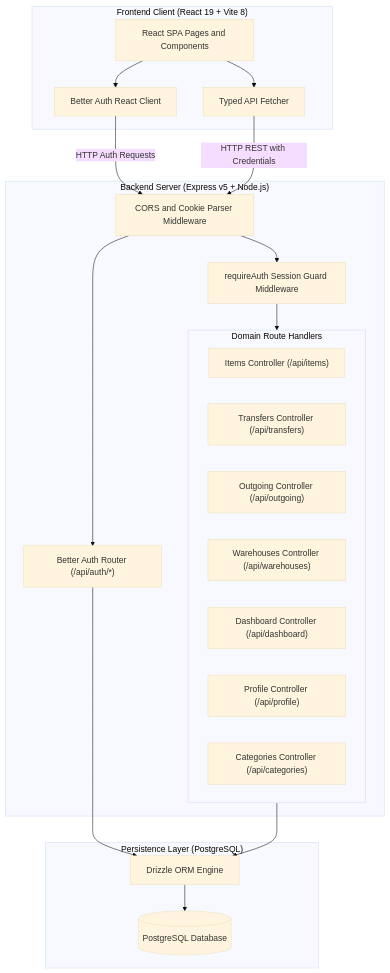
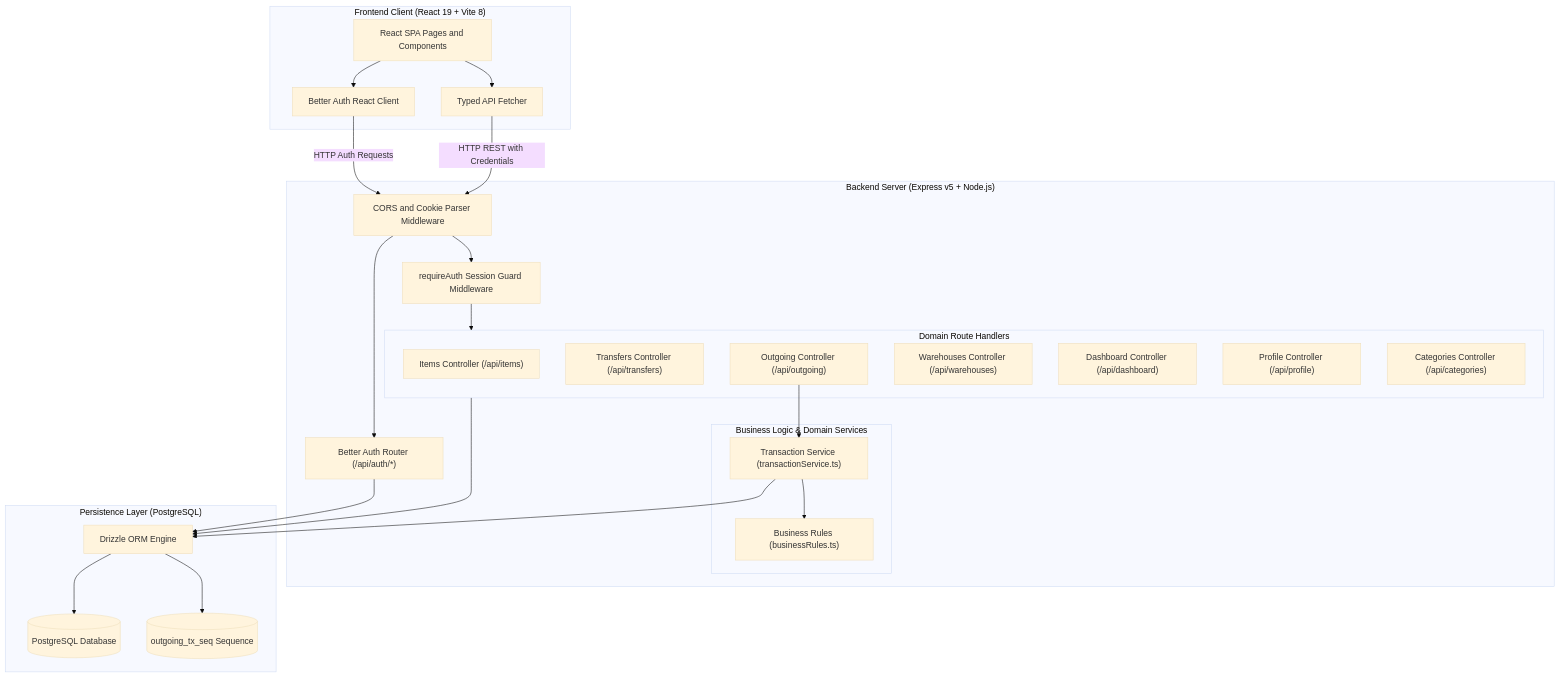
The first of 4 diagrams in docs/ARCHITECTURE.md (Taufiq-1705/Inventaris-Pakaian-Web), drawn with Mermaid (base theme) before and after one commit. The commit also changed other lines of this file and 1 other file, not shown here.

First line of the commit message:
docs: update README and ARCHITECTURE with testing infrastructure and query optimizations

````diff
--- a/docs/ARCHITECTURE.md
+++ b/docs/ARCHITECTURE.md
@@ -12,40 +12,50 @@
 ```mermaid
 graph TD
     subgraph ClientLayer["Frontend Client (React 19 + Vite 8)"]
         UI["React SPA Pages and Components"]
         AuthClient["Better Auth React Client"]
         APIClient["Typed API Fetcher"]
     end
 
     subgraph ServerLayer["Backend Server (Express v5 + Node.js)"]
         CorsMW["CORS and Cookie Parser Middleware"]
         AuthRouter["Better Auth Router (/api/auth/*)"]
         RequireAuth["requireAuth Session Guard Middleware"]
         
         subgraph BusinessControllers["Domain Route Handlers"]
             ItemsController["Items Controller (/api/items)"]
             TransfersController["Transfers Controller (/api/transfers)"]
             OutgoingController["Outgoing Controller (/api/outgoing)"]
             WarehousesController["Warehouses Controller (/api/warehouses)"]
             DashboardController["Dashboard Controller (/api/dashboard)"]
             ProfileController["Profile Controller (/api/profile)"]
             CategoriesController["Categories Controller (/api/categories)"]
         end
+
+        subgraph ServiceLayer["Business Logic & Domain Services"]
+            TransactionService["Transaction Service (transactionService.ts)"]
+            BusinessRules["Business Rules (businessRules.ts)"]
+        end
     end
 
     subgraph DataLayer["Persistence Layer (PostgreSQL)"]
         Drizzle["Drizzle ORM Engine"]
         PG[("PostgreSQL Database")]
+        Sequence[("outgoing_tx_seq Sequence")]
     end
 
     UI --> AuthClient
     UI --> APIClient
     AuthClient -->|HTTP Auth Requests| CorsMW
     APIClient -->|HTTP REST with Credentials| CorsMW
     CorsMW --> AuthRouter
     CorsMW --> RequireAuth
     RequireAuth --> BusinessControllers
+    OutgoingController --> TransactionService
+    TransactionService --> BusinessRules
+    TransactionService --> Drizzle
     AuthRouter --> Drizzle
     BusinessControllers --> Drizzle
     Drizzle --> PG
+    Drizzle --> Sequence
 ```
````
